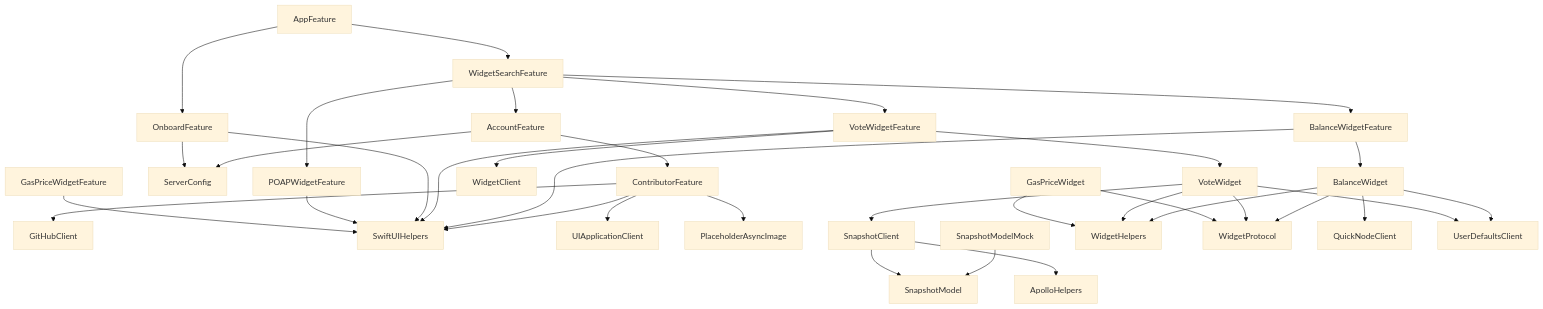
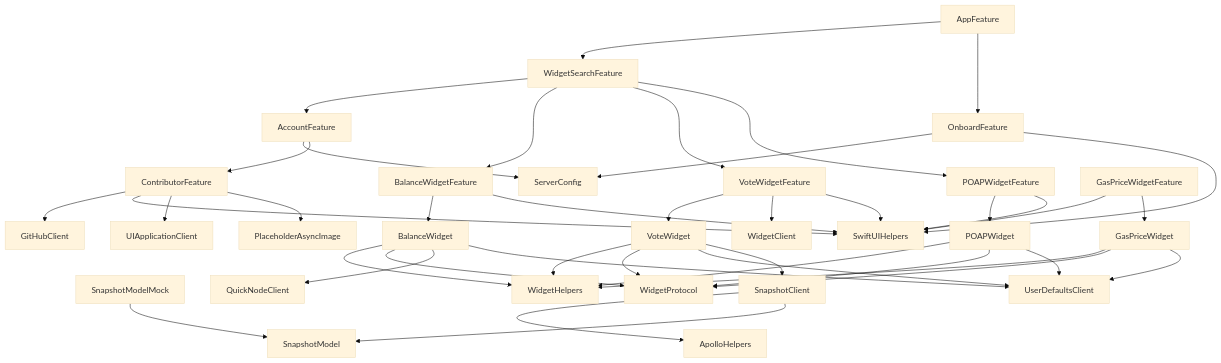
One commit to caaaption/caaaption changed the diagram in caaaption/PackageDependencies.md. Above: the diagram before and after it, drawn with Mermaid (base theme).

````diff
--- a/caaaption/PackageDependencies.md
+++ b/caaaption/PackageDependencies.md
@@ -1,37 +1,43 @@
 ```mermaid
 graph TD;
     AppFeature-->WidgetSearchFeature;
     AppFeature-->OnboardFeature;
     WidgetSearchFeature-->AccountFeature;
     WidgetSearchFeature-->BalanceWidgetFeature;
     WidgetSearchFeature-->VoteWidgetFeature;
     WidgetSearchFeature-->POAPWidgetFeature;
     AccountFeature-->ServerConfig;
     AccountFeature-->ContributorFeature;
     ContributorFeature-->GitHubClient;
     ContributorFeature-->SwiftUIHelpers;
     ContributorFeature-->UIApplicationClient;
     ContributorFeature-->PlaceholderAsyncImage;
     BalanceWidgetFeature-->BalanceWidget;
     BalanceWidgetFeature-->SwiftUIHelpers;
     VoteWidgetFeature-->VoteWidget;
     VoteWidgetFeature-->WidgetClient;
     VoteWidgetFeature-->SwiftUIHelpers;
     OnboardFeature-->ServerConfig;
     OnboardFeature-->SwiftUIHelpers;
+    POAPWidgetFeature-->POAPWidget;
     POAPWidgetFeature-->SwiftUIHelpers;
     GasPriceWidgetFeature-->SwiftUIHelpers;
+    GasPriceWidgetFeature-->GasPriceWidget;
     SnapshotModelMock-->SnapshotModel;
     SnapshotClient-->ApolloHelpers;
     SnapshotClient-->SnapshotModel;
     BalanceWidget-->WidgetHelpers;
     BalanceWidget-->WidgetProtocol;
     BalanceWidget-->QuickNodeClient;
     BalanceWidget-->UserDefaultsClient;
     VoteWidget-->WidgetHelpers;
     VoteWidget-->WidgetProtocol;
     VoteWidget-->UserDefaultsClient;
     VoteWidget-->SnapshotClient;
     GasPriceWidget-->WidgetHelpers;
     GasPriceWidget-->WidgetProtocol;
+    GasPriceWidget-->UserDefaultsClient;
+    POAPWidget-->WidgetHelpers;
+    POAPWidget-->WidgetProtocol;
+    POAPWidget-->UserDefaultsClient;
 ```
````
